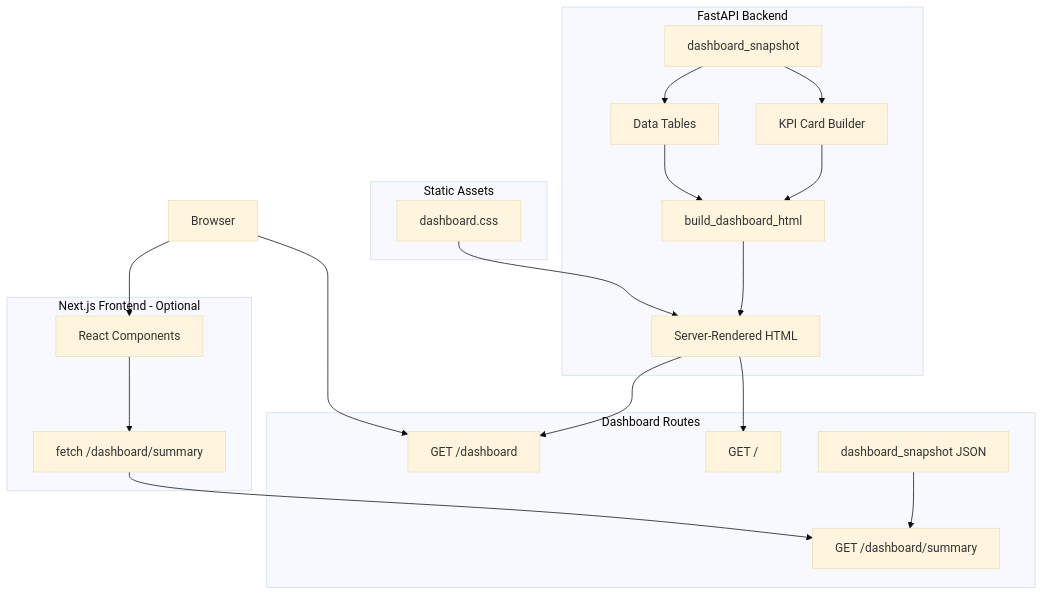
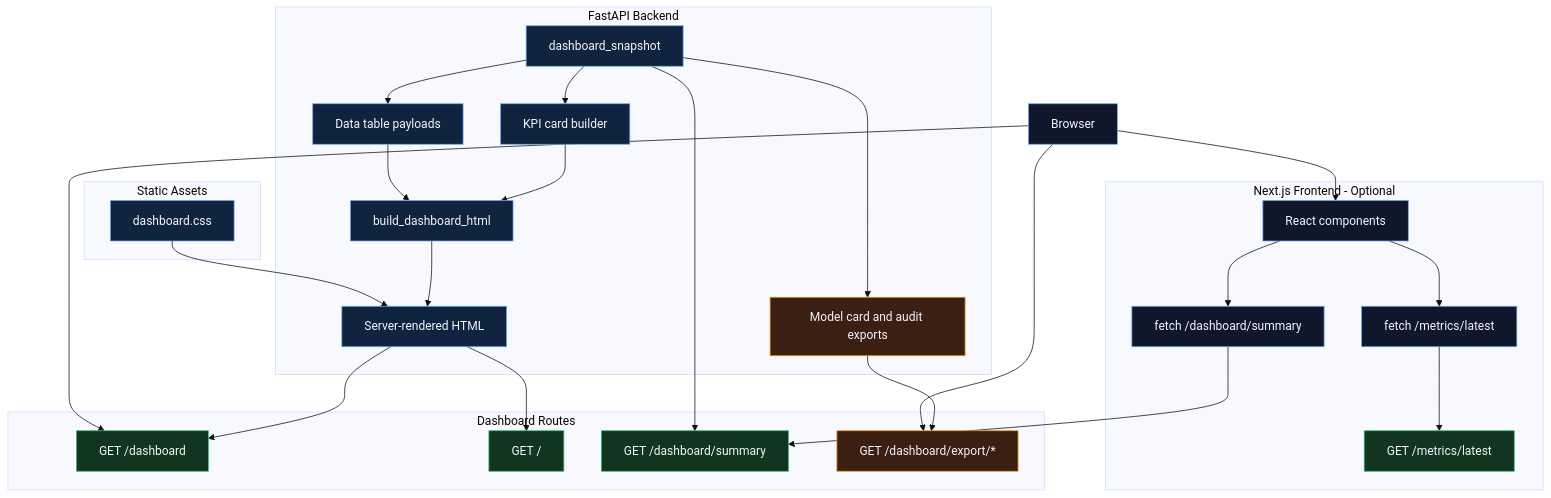
One commit to AngelP17/Rift changed the first of 2 diagrams in docs/dashboard.md. Above: the diagram before and after it, drawn with Mermaid (base theme). The commit also changed other lines of this file and 8 other files, not shown here.

````diff
--- a/docs/dashboard.md
+++ b/docs/dashboard.md
@@ -36,28 +42,42 @@
 ```mermaid
 flowchart TD
     subgraph backend ["FastAPI Backend"]
-        SNAP[dashboard_snapshot] --> KPIS[KPI Card Builder]
-        SNAP --> TABLES[Data Tables]
-        KPIS --> RENDER[build_dashboard_html]
+        SNAP["dashboard_snapshot"] --> KPIS["KPI card builder"]
+        SNAP --> TABLES["Data table payloads"]
+        SNAP --> EXPORTS["Model card and audit exports"]
+        KPIS --> RENDER["build_dashboard_html"]
         TABLES --> RENDER
-        RENDER --> HTML[Server-Rendered HTML]
+        RENDER --> HTML["Server-rendered HTML"]
     end
 
     subgraph static ["Static Assets"]
-        CSS[dashboard.css] --> HTML
+        CSS["dashboard.css"] --> HTML
     end
 
     subgraph routes ["Dashboard Routes"]
         HTML --> DASH["GET /dashboard"]
         HTML --> LAND["GET /"]
-        JSON[dashboard_snapshot JSON] --> API["GET /dashboard/summary"]
+        SNAP --> API["GET /dashboard/summary"]
+        EXPORTS --> DL["GET /dashboard/export/*"]
     end
 
     subgraph frontend ["Next.js Frontend - Optional"]
-        REACT[React Components] --> FETCH["fetch /dashboard/summary"]
+        REACT["React components"] --> FETCH["fetch /dashboard/summary"]
+        REACT --> METRICS["fetch /metrics/latest"]
         FETCH --> API
+        METRICS --> MAPI["GET /metrics/latest"]
     end
 
-    CLIENT[Browser] --> DASH
+    CLIENT["Browser"] --> DASH
     CLIENT --> REACT
+    CLIENT --> DL
+
+    classDef backend fill:#10243f,stroke:#6ea8fe,color:#f3f6ff
+    classDef route fill:#12351f,stroke:#2fbf71,color:#f3f6ff
+    classDef frontend fill:#0f172a,stroke:#6ea8fe,color:#f3f6ff
+    classDef export fill:#3a1f12,stroke:#f39c12,color:#f3f6ff
+    class SNAP,KPIS,TABLES,RENDER,HTML,CSS backend
+    class DASH,LAND,API,MAPI route
+    class REACT,FETCH,METRICS,CLIENT frontend
+    class EXPORTS,DL export
 ```
````
